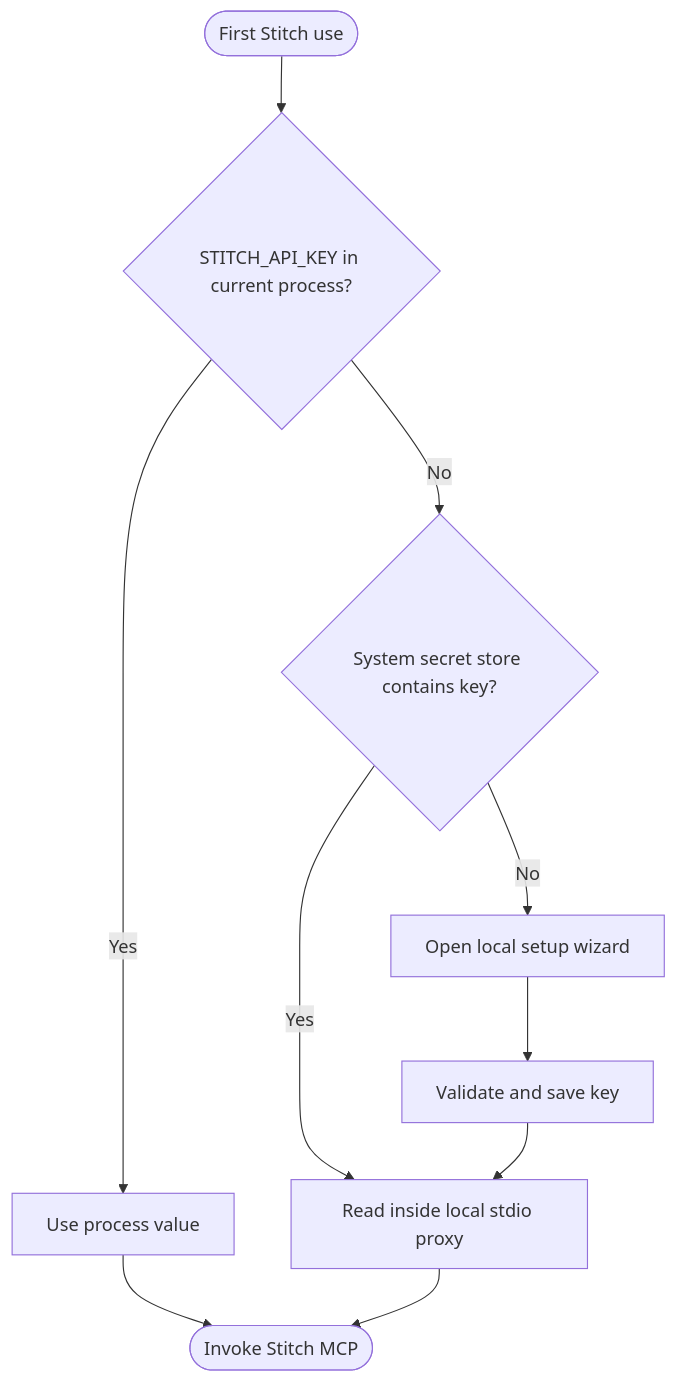
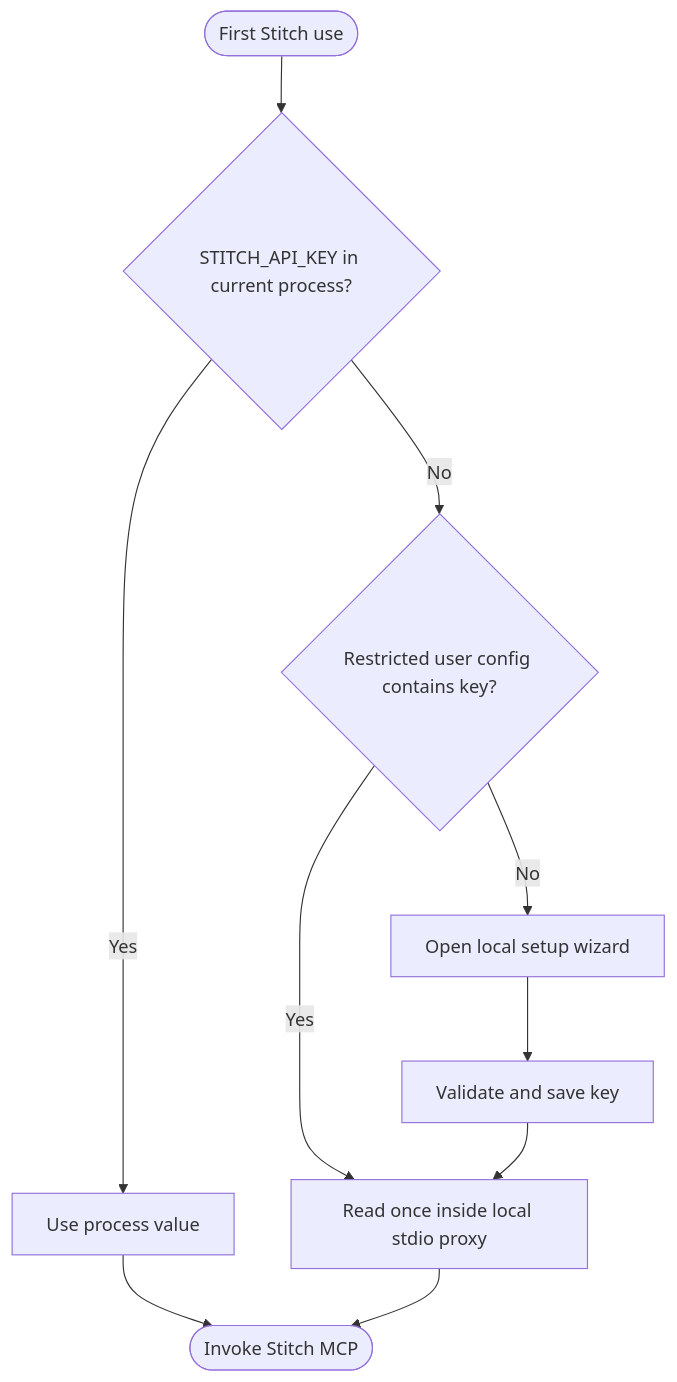
Before and after one commit to full-stack-plugins/stitch-design-plugin: the second of 6 diagrams in docs/Stitch-Design-Technical-Solution.md, drawn with Mermaid. The commit also changed other lines of this file and 20 other files, not shown here.

````diff
--- a/docs/Stitch-Design-Technical-Solution.md
+++ b/docs/Stitch-Design-Technical-Solution.md
@@ -71,12 +71,12 @@
 ```mermaid
 flowchart TD
     Start(["First Stitch use"]) --> Env{"STITCH_API_KEY in current process?"}
     Env -->|Yes| Direct["Use process value"]
-    Env -->|No| Store{"System secret store contains key?"}
-    Store -->|Yes| Inject["Read inside local stdio proxy"]
+    Env -->|No| Store{"Restricted user config contains key?"}
+    Store -->|Yes| Inject["Read once inside local stdio proxy"]
     Store -->|No| Wizard["Open local setup wizard"]
     Wizard --> Save["Validate and save key"]
     Save --> Inject
     Direct --> Ready(["Invoke Stitch MCP"])
     Inject --> Ready
 ```
````
